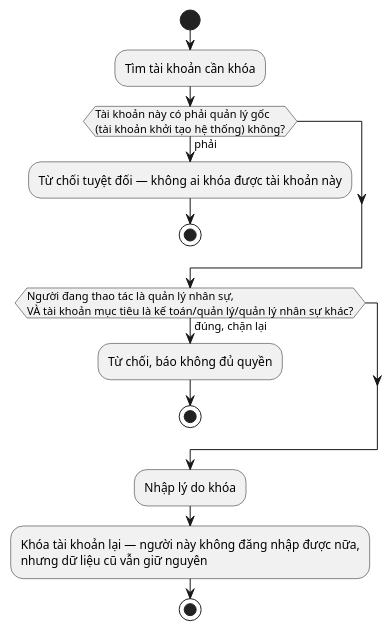
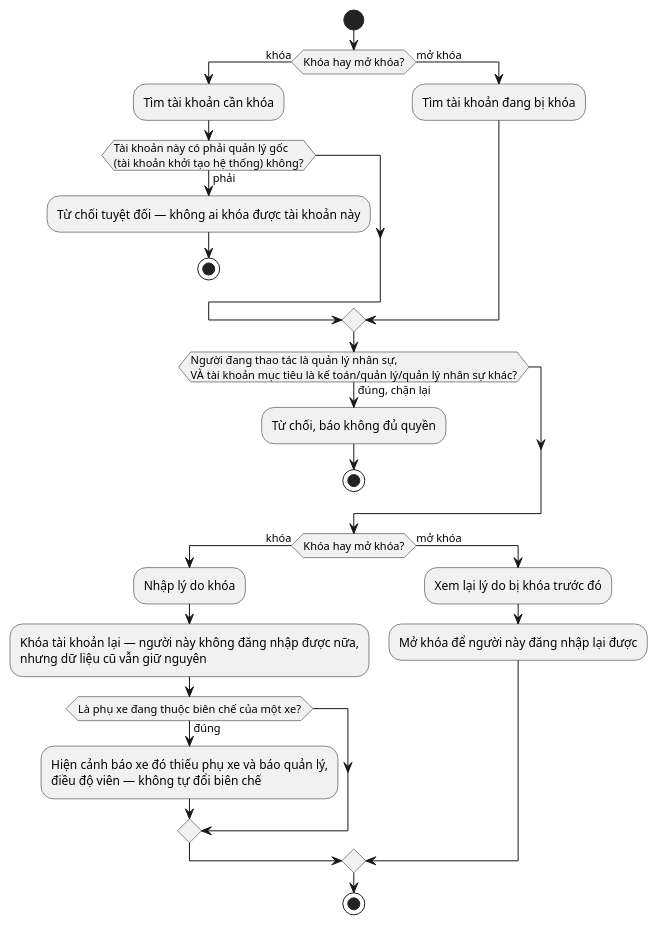
One commit to nguyenvietanhit19/Project1_HeThongQuanLyNhaXeKhachLienTinh changed diagram 46 of 48 in UML_DIAGRAMS.md. Above: the diagram before and after it, drawn with PlantUML. The commit also changed other lines of this file and 10 other files, not shown here.

````diff
--- a/UML_DIAGRAMS.md
+++ b/UML_DIAGRAMS.md
@@ -1198,17 +1264,29 @@
 ```plantuml
-@startuml AD_UC37_KhoaTaiKhoan
+@startuml AD_UC37_KhoaMoKhoa
 start
-:Tìm tài khoản cần khóa;
-if (Tài khoản này có phải quản lý gốc\n(tài khoản khởi tạo hệ thống) không?) then (phải)
-  :Từ chối tuyệt đối — không ai khóa được tài khoản này;
-  stop
+if (Khóa hay mở khóa?) then (khóa)
+  :Tìm tài khoản cần khóa;
+  if (Tài khoản này có phải quản lý gốc\n(tài khoản khởi tạo hệ thống) không?) then (phải)
+    :Từ chối tuyệt đối — không ai khóa được tài khoản này;
+    stop
+  endif
+else (mở khóa)
+  :Tìm tài khoản đang bị khóa;
 endif
 if (Người đang thao tác là quản lý nhân sự,\nVÀ tài khoản mục tiêu là kế toán/quản lý/quản lý nhân sự khác?) then (đúng, chặn lại)
   :Từ chối, báo không đủ quyền;
   stop
 endif
-:Nhập lý do khóa;
-:Khóa tài khoản lại — người này không đăng nhập được nữa,\nnhưng dữ liệu cũ vẫn giữ nguyên;
+if (Khóa hay mở khóa?) then (khóa)
+  :Nhập lý do khóa;
+  :Khóa tài khoản lại — người này không đăng nhập được nữa,\nnhưng dữ liệu cũ vẫn giữ nguyên;
+  if (Là phụ xe đang thuộc biên chế của một xe?) then (đúng)
+    :Hiện cảnh báo xe đó thiếu phụ xe và báo quản lý,\nđiều độ viên — không tự đổi biên chế;
+  endif
+else (mở khóa)
+  :Xem lại lý do bị khóa trước đó;
+  :Mở khóa để người này đăng nhập lại được;
+endif
 stop
 @enduml
 ```
````
